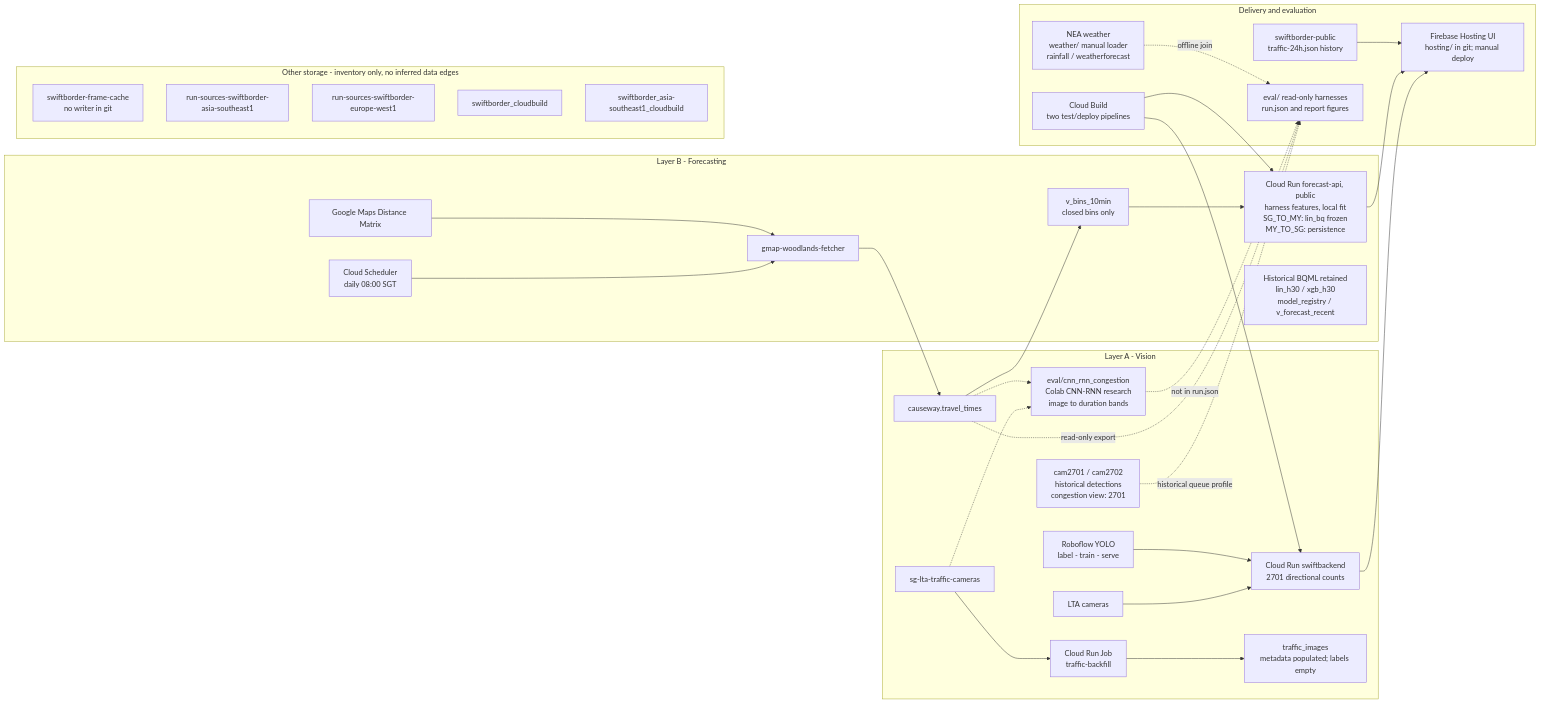
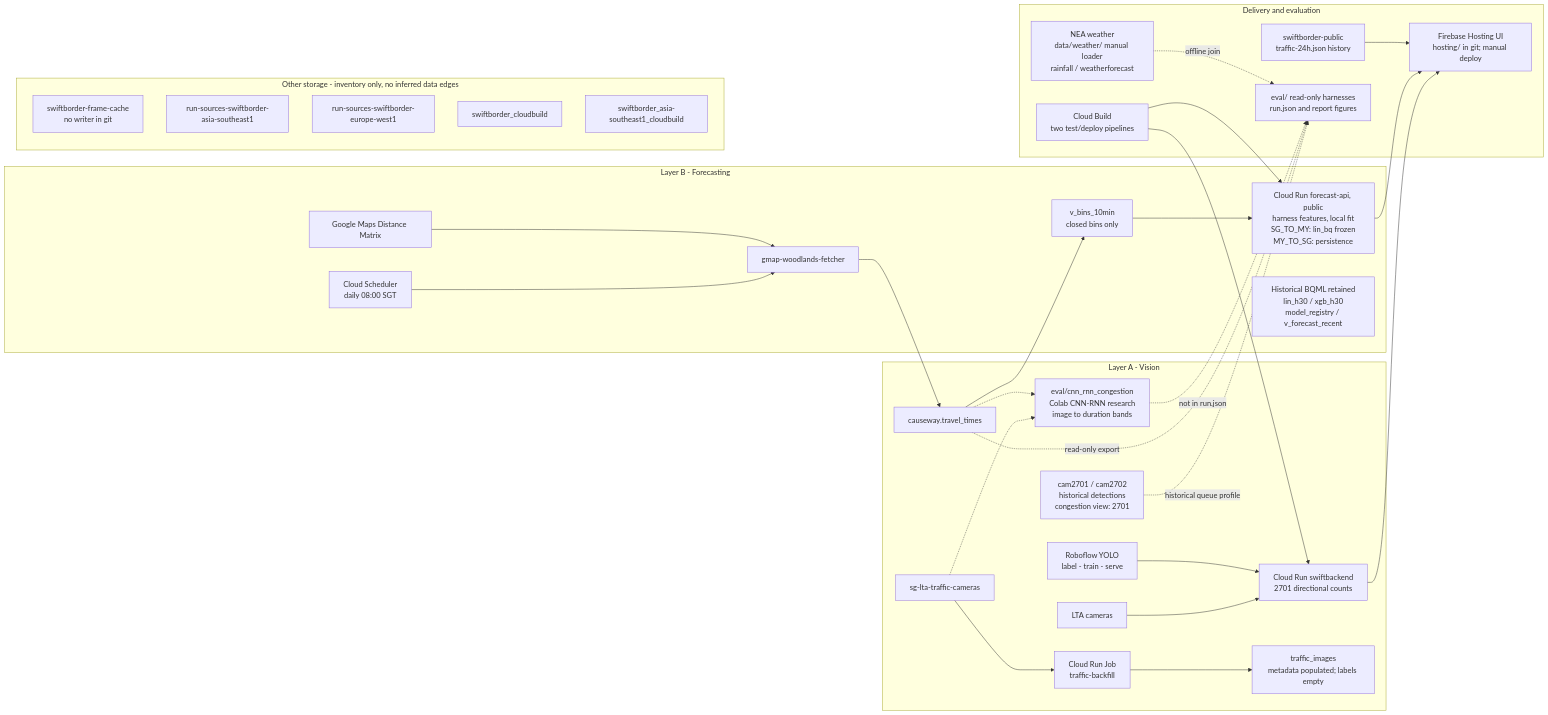
The second of 2 diagrams in docs/architecture.md (sozuken-max/swiftborder), drawn with Mermaid before and after one commit. The commit also changed other lines of this file and 91 other files, not shown here.

````diff
--- a/docs/architecture.md
+++ b/docs/architecture.md
@@ -82,41 +82,41 @@
 ```mermaid
 flowchart LR
   subgraph LA["Layer A - Vision"]
     LTA["LTA cameras"] --> SB["Cloud Run swiftbackend<br/>2701 directional counts"]
     RF["Roboflow YOLO<br/>label - train - serve"] --> SB
     CAM["sg-lta-traffic-cameras"] --> JOB["Cloud Run Job<br/>traffic-backfill"]
     JOB --> META["traffic_images<br/>metadata populated; labels empty"]
     HIST["cam2701 / cam2702<br/>historical detections<br/>congestion view: 2701"]
     CNNRNN["eval/cnn_rnn_congestion<br/>Colab CNN-RNN research<br/>image to duration bands"]
     CAM -.-> CNNRNN
     TT -.-> CNNRNN
   end
   subgraph LB["Layer B - Forecasting"]
     SCH["Cloud Scheduler<br/>daily 08:00 SGT"] --> ING["gmap-woodlands-fetcher"]
     MAPS["Google Maps Distance Matrix"] --> ING
     ING --> TT["causeway.travel_times"]
     TT --> FEATURES["v_bins_10min<br/>closed bins only"]
     FEATURES --> API["Cloud Run forecast-api, public<br/>harness features, local fit<br/>SG_TO_MY: lin_bq frozen<br/>MY_TO_SG: persistence"]
     LEGACY["Historical BQML retained<br/>lin_h30 / xgb_h30<br/>model_registry / v_forecast_recent"]
   end
   subgraph DELIVERY["Delivery and evaluation"]
     BUILD["Cloud Build<br/>two test/deploy pipelines"] --> SB
     BUILD --> API
     UI["Firebase Hosting UI<br/>hosting/ in git; manual deploy"]
     SB --> UI
     API --> UI
     PUB["swiftborder-public<br/>traffic-24h.json history"] --> UI
     EVAL["eval/ read-only harnesses<br/>run.json and report figures"]
-    WX["NEA weather<br/>weather/ manual loader<br/>rainfall / weatherforecast"] -.->|"offline join"| EVAL
+    WX["NEA weather<br/>data/weather/ manual loader<br/>rainfall / weatherforecast"] -.->|"offline join"| EVAL
     HIST -.->|"historical queue profile"| EVAL
     TT -.->|"read-only export"| EVAL
     CNNRNN -.->|"not in run.json"| EVAL
   end
   subgraph STORAGE["Other storage - inventory only, no inferred data edges"]
     CACHE["swiftborder-frame-cache<br/>no writer in git"]
     RS1["run-sources-swiftborder-asia-southeast1"]
     RS2["run-sources-swiftborder-europe-west1"]
     CB["swiftborder_cloudbuild"]
     CBA["swiftborder_asia-southeast1_cloudbuild"]
   end
 ```
````
